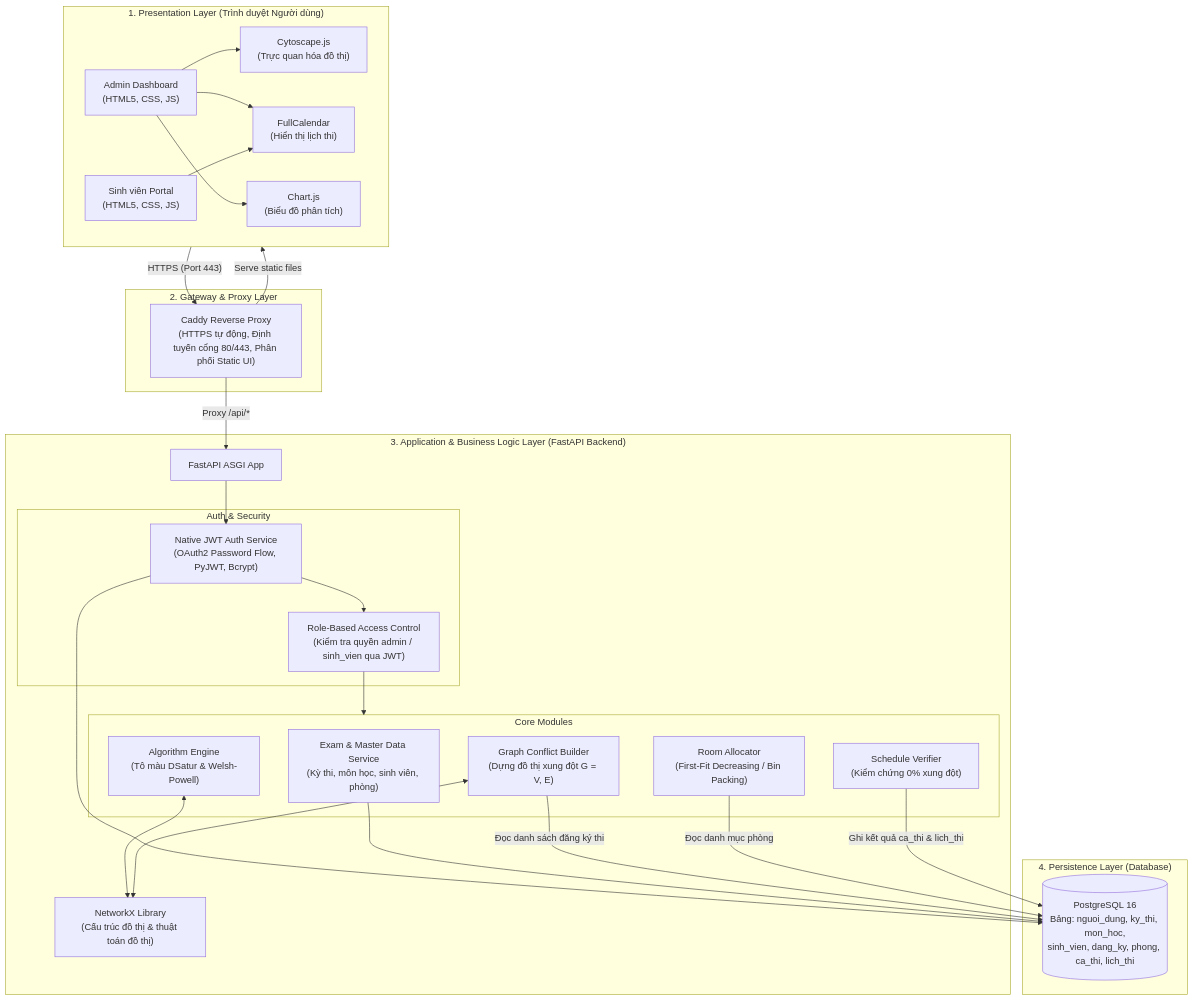
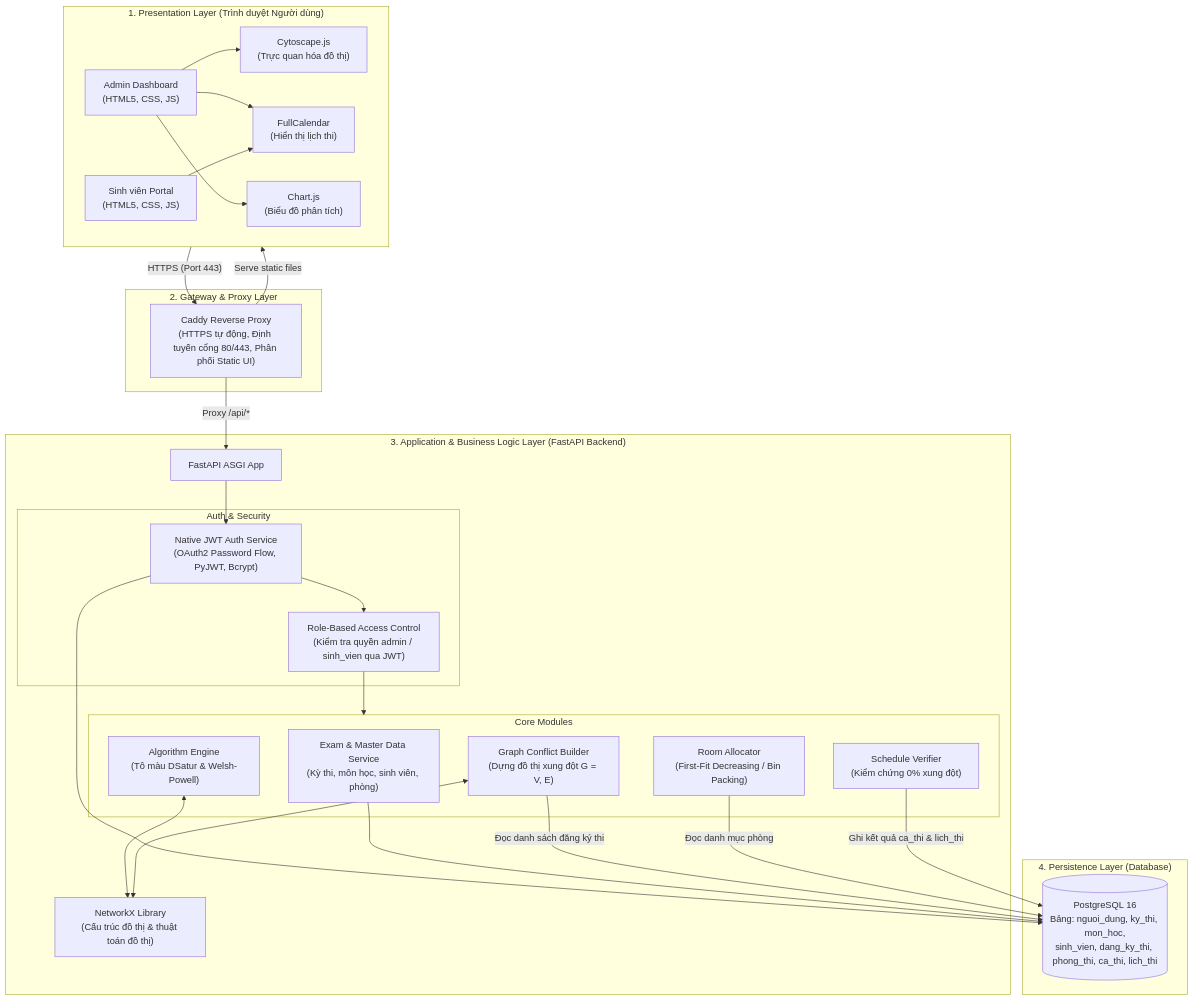
Before and after one commit to phattvh/GraphTheory_HTTPS: the first of 4 diagrams in docs/03. Architecture and algorithms.md, drawn with Mermaid. The commit also changed other lines of this file and 3 other files, not shown here.

````diff
--- a/docs/03. Architecture and algorithms.md
+++ b/docs/03. Architecture and algorithms.md
@@ -11,60 +11,60 @@
 ```mermaid
 flowchart TD
     subgraph CLIENT["1. Presentation Layer (Trình duyệt Người dùng)"]
         UI_Admin["Admin Dashboard<br/>(HTML5, CSS, JS)"]
         UI_SV["Sinh viên Portal<br/>(HTML5, CSS, JS)"]
         Cyto["Cytoscape.js<br/>(Trực quan hóa đồ thị)"]
         Calendar["FullCalendar<br/>(Hiển thị lịch thi)"]
         Charts["Chart.js<br/>(Biểu đồ phân tích)"]
 
         UI_Admin --> Cyto
         UI_Admin --> Calendar
         UI_Admin --> Charts
         UI_SV --> Calendar
     end
 
     subgraph GATEWAY["2. Gateway & Proxy Layer"]
         Caddy["Caddy Reverse Proxy<br/>(HTTPS tự động, Định tuyến cổng 80/443, Phân phối Static UI)"]
     end
 
     subgraph APP["3. Application & Business Logic Layer (FastAPI Backend)"]
         API_Gateway["FastAPI ASGI App"]
 
         subgraph AUTH["Auth & Security"]
             Auth_Service["Native JWT Auth Service<br/>(OAuth2 Password Flow, PyJWT, Bcrypt)"]
             Role_Guard["Role-Based Access Control<br/>(Kiểm tra quyền admin / sinh_vien qua JWT)"]
         end
 
         subgraph MODULES["Core Modules"]
             Exam_Service["Exam & Master Data Service<br/>(Kỳ thi, môn học, sinh viên, phòng)"]
             Graph_Builder["Graph Conflict Builder<br/>(Dựng đồ thị xung đột G = V, E)"]
             Scheduler["Algorithm Engine<br/>(Tô màu DSatur & Welsh-Powell)"]
             Room_Allocator["Room Allocator<br/>(First-Fit Decreasing / Bin Packing)"]
             Verifier["Schedule Verifier<br/>(Kiểm chứng 0% xung đột)"]
         end
 
         NetworkX["NetworkX Library<br/>(Cấu trúc đồ thị & thuật toán đồ thị)"]
     end
 
     subgraph PERSISTENCE["4. Persistence Layer (Database)"]
-        Postgres[("PostgreSQL 16<br/>Bảng: nguoi_dung, ky_thi, mon_hoc,<br/>sinh_vien, dang_ky, phong, ca_thi, lich_thi")]
+        Postgres[("PostgreSQL 16<br/>Bảng: nguoi_dung, ky_thi, mon_hoc,<br/>sinh_vien, dang_ky_thi, phong_thi, ca_thi, lich_thi")]
     end
 
     %% Luồng kết nối
     CLIENT -->|"HTTPS (Port 443)"| Caddy
     Caddy -->|"Proxy /api/*"| API_Gateway
     Caddy -->|"Serve static files"| CLIENT
 
     API_Gateway --> Auth_Service
     Auth_Service --> Role_Guard
     Role_Guard --> MODULES
 
     Scheduler <--> NetworkX
     Graph_Builder <--> NetworkX
 
     Auth_Service --> Postgres
     Exam_Service --> Postgres
     Graph_Builder -->|"Đọc danh sách đăng ký thi"| Postgres
     Room_Allocator -->|"Đọc danh mục phòng"| Postgres
     Verifier -->|"Ghi kết quả ca_thi & lich_thi"| Postgres
 ```
````
